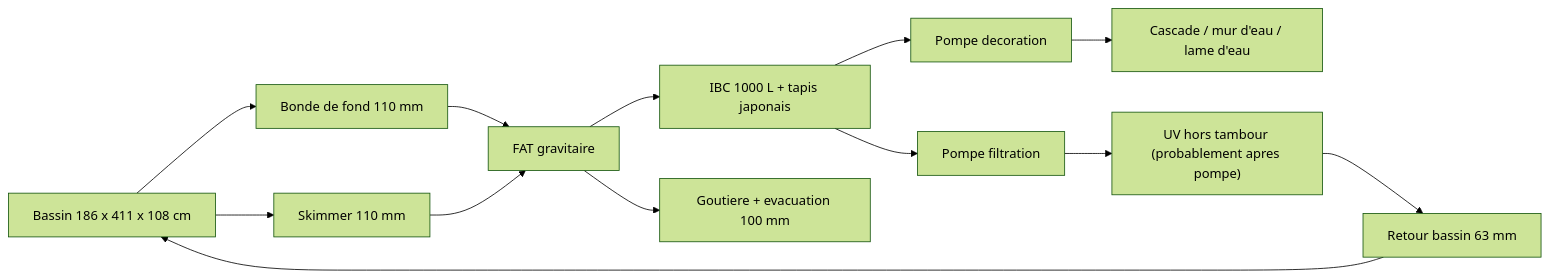
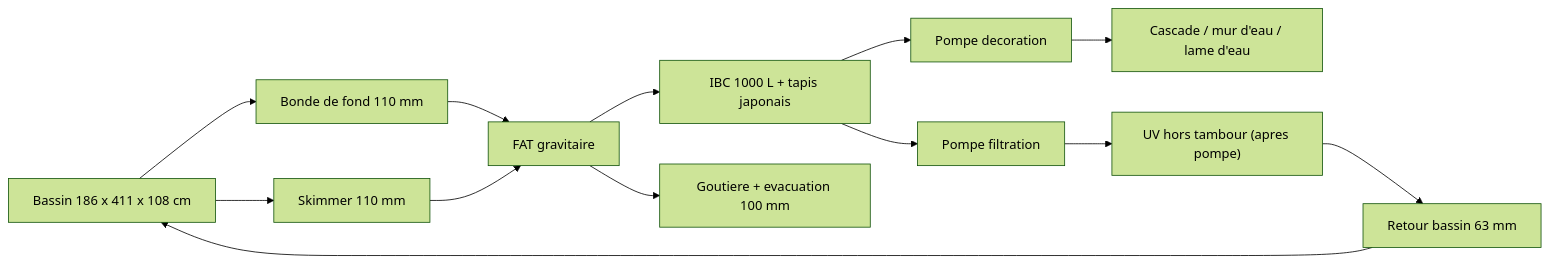
Before and after one commit to elbuey76/DrumFilterController: the first of 2 diagrams in docs/architecture/02-architecture-materielle.md, drawn with Mermaid (forest theme). The commit also changed other lines of this file and 18 other files, not shown here.

````diff
--- a/docs/architecture/02-architecture-materielle.md
+++ b/docs/architecture/02-architecture-materielle.md
@@ -48,20 +49,20 @@
 ```mermaid
 flowchart LR
     Bassin["Bassin 186 x 411 x 108 cm"]
     BF["Bonde de fond 110 mm"]
     SK["Skimmer 110 mm"]
     FAT["FAT gravitaire"]
     IBC["IBC 1000 L + tapis japonais"]
     PF["Pompe filtration"]
     Retour["Retour bassin 63 mm"]
     PD["Pompe decoration"]
     Deco["Cascade / mur d'eau / lame d'eau"]
-    UV["UV hors tambour (probablement apres pompe)"]
+    UV["UV hors tambour (apres pompe)"]
     Waste["Goutiere + evacuation 100 mm"]
 
     Bassin --> BF --> FAT
     Bassin --> SK --> FAT
     FAT --> IBC --> PF --> UV --> Retour --> Bassin
     IBC --> PD --> Deco
     FAT --> Waste
 ```
````
